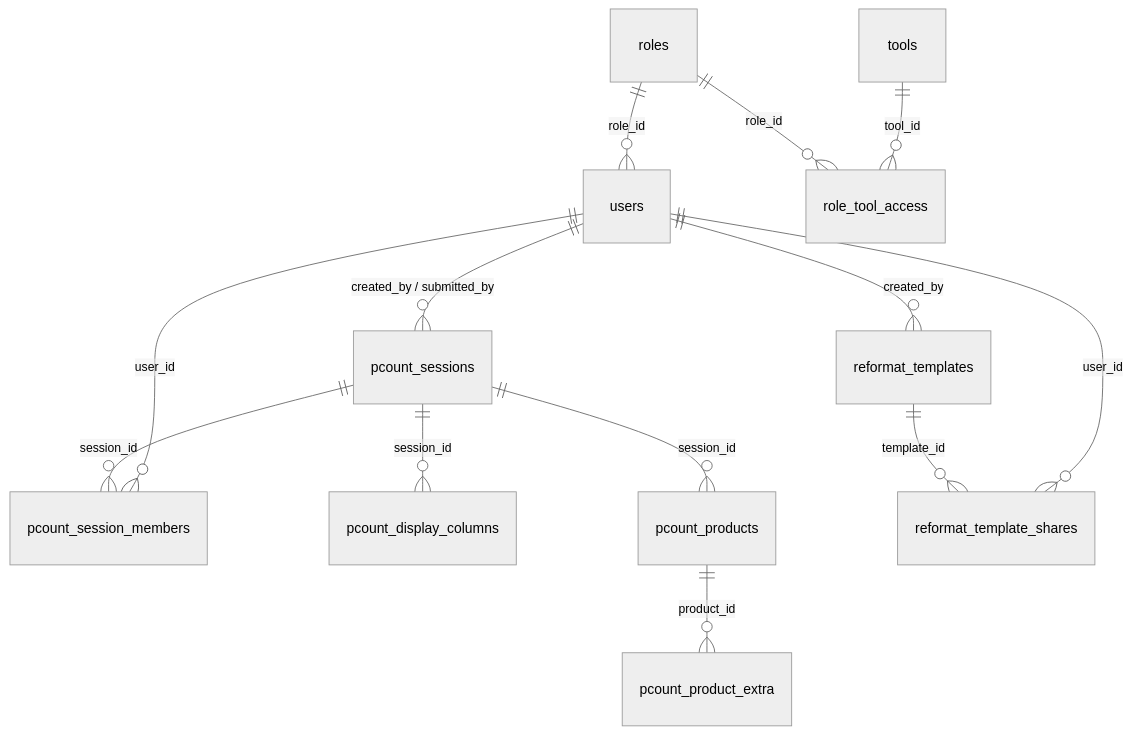
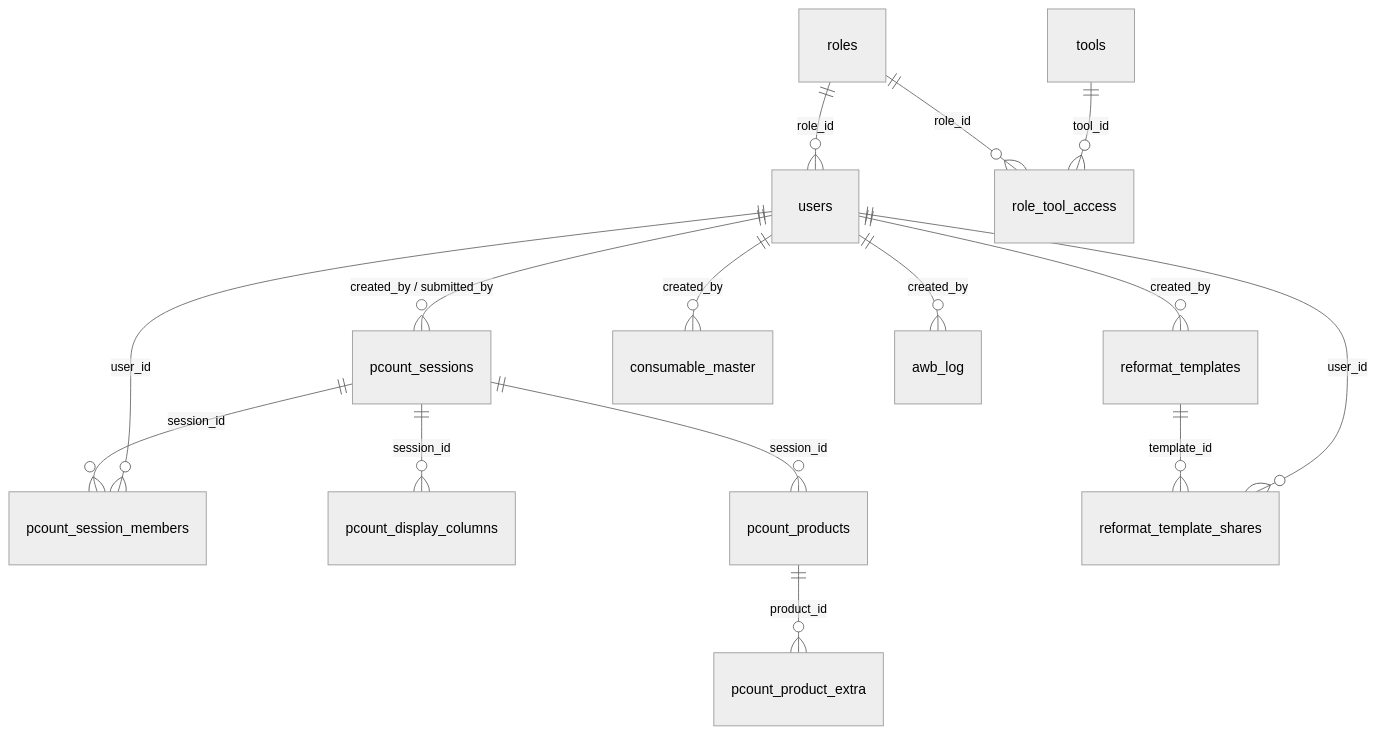
The diagram in vault/Database Schema.md (Karlpogi11/mspi-tools), drawn with Mermaid (neutral theme) before and after one commit. The commit also changed other lines of this file and 30 other files, not shown here.

````diff
--- a/vault/Database Schema.md
+++ b/vault/Database Schema.md
@@ -9,18 +9,22 @@
 ```mermaid
 erDiagram
     roles ||--o{ users : "role_id"
     roles ||--o{ role_tool_access : "role_id"
     tools ||--o{ role_tool_access : "tool_id"
     
     users ||--o{ pcount_sessions : "created_by / submitted_by"
     pcount_sessions ||--o{ pcount_session_members : "session_id"
     users ||--o{ pcount_session_members : "user_id"
     
     pcount_sessions ||--o{ pcount_display_columns : "session_id"
     pcount_sessions ||--o{ pcount_products : "session_id"
     pcount_products ||--o{ pcount_product_extra : "product_id"
     
     users ||--o{ reformat_templates : "created_by"
     reformat_templates ||--o{ reformat_template_shares : "template_id"
     users ||--o{ reformat_template_shares : "user_id"
+
+    users ||--o{ consumable_master : "created_by"
+
+    users ||--o{ awb_log : "created_by"
 ```
````
